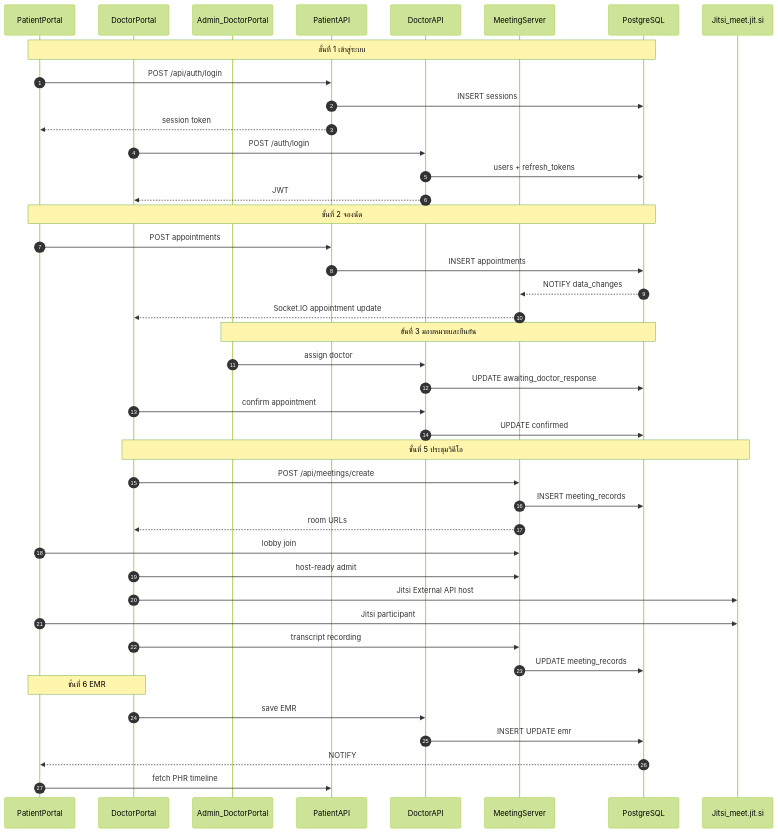
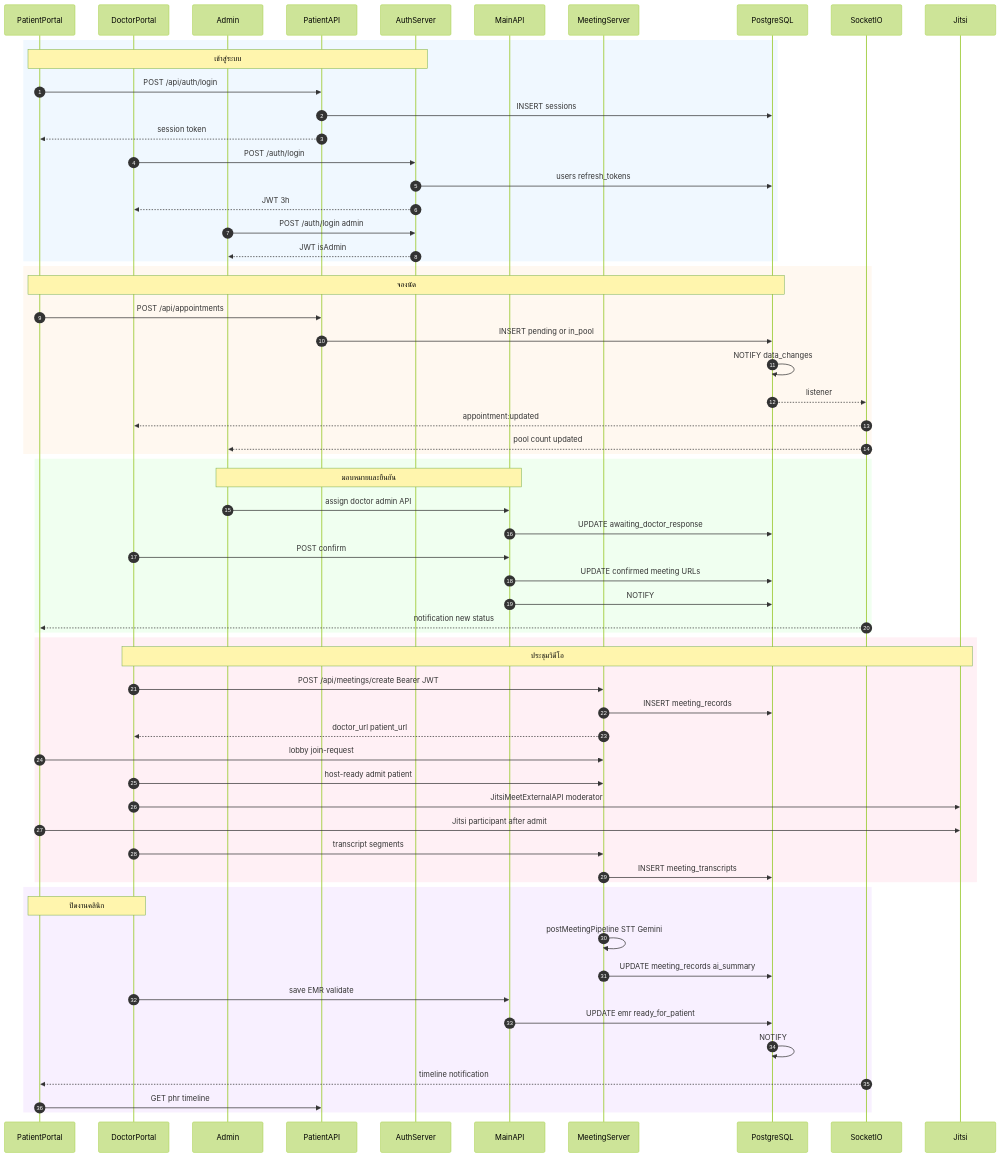
One commit to chiraleo2000/Isara-Anywhere changed the diagram in Documents/Technical_Documents/01_System_Architecture_and_Workflow.md. Above: the diagram before and after it, drawn with Mermaid (forest theme). The commit also changed other lines of this file and 122 other files, not shown here.

````diff
--- a/Documents/Technical_Documents/01_System_Architecture_and_Workflow.md
+++ b/Documents/Technical_Documents/01_System_Architecture_and_Workflow.md
@@ -180,50 +518,70 @@
 ```mermaid
 sequenceDiagram
     autonumber
     participant P as PatientPortal
     participant D as DoctorPortal
-    participant A as Admin_DoctorPortal
+    participant A as Admin
     participant PA as PatientAPI
-    participant DA as DoctorAPI
+    participant AS as AuthServer
+    participant MA as MainAPI
     participant MS as MeetingServer
     participant DB as PostgreSQL
-    participant J as Jitsi_meet.jit.si
+    participant SIO as SocketIO
+    participant J as Jitsi
 
-    Note over P,DB: ขั้นที่ 1 เข้าสู่ระบบ
+    rect rgb(240,248,255)
+    Note over P,AS: เข้าสู่ระบบ
     P->>PA: POST /api/auth/login
     PA->>DB: INSERT sessions
     PA-->>P: session token
+    D->>AS: POST /auth/login
+    AS->>DB: users refresh_tokens
+    AS-->>D: JWT 3h
+    A->>AS: POST /auth/login admin
+    AS-->>A: JWT isAdmin
+    end
 
-    D->>DA: POST /auth/login
-    DA->>DB: users + refresh_tokens
-    DA-->>D: JWT
+    rect rgb(255,248,240)
+    Note over P,DB: จองนัด
+    P->>PA: POST /api/appointments
+    PA->>DB: INSERT pending or in_pool
+    DB->>DB: NOTIFY data_changes
+    DB-->>SIO: listener
+    SIO-->>D: appointment:updated
+    SIO-->>A: pool count updated
+    end
 
-    Note over P,DB: ขั้นที่ 2 จองนัด
-    P->>PA: POST appointments
-    PA->>DB: INSERT appointments
-    DB-->>MS: NOTIFY data_changes
-    MS-->>D: Socket.IO appointment update
+    rect rgb(240,255,240)
+    Note over A,MA: มอบหมายและยืนยัน
+    A->>MA: assign doctor admin API
+    MA->>DB: UPDATE awaiting_doctor_response
+    D->>MA: POST confirm
+    MA->>DB: UPDATE confirmed meeting URLs
+    MA->>DB: NOTIFY
+    SIO-->>P: notification new status
+    end
 
-    Note over A,DB: ขั้นที่ 3 มอบหมายและยืนยัน
-    A->>DA: assign doctor
-    DA->>DB: UPDATE awaiting_doctor_response
-    D->>DA: confirm appointment
-    DA->>DB: UPDATE confirmed
+    rect rgb(255,240,245)
+    Note over D,J: ประชุมวิดีโอ
+    D->>MS: POST /api/meetings/create Bearer JWT
+    MS->>DB: INSERT meeting_records
+    MS-->>D: doctor_url patient_url
+    P->>MS: lobby join-request
+    D->>MS: host-ready admit patient
+    D->>J: JitsiMeetExternalAPI moderator
+    P->>J: Jitsi participant after admit
+    D->>MS: transcript segments
+    MS->>DB: INSERT meeting_transcripts
+    end
 
-    Note over D,J: ขั้นที่ 5 ประชุมวิดีโอ
-    D->>MS: POST /api/meetings/create
-    MS->>DB: INSERT meeting_records
-    MS-->>D: room URLs
-    P->>MS: lobby join
-    D->>MS: host-ready admit
-    D->>J: Jitsi External API host
-    P->>J: Jitsi participant
-    D->>MS: transcript recording
-    MS->>DB: UPDATE meeting_records
-
-    Note over D,P: ขั้นที่ 6 EMR
-    D->>DA: save EMR
-    DA->>DB: INSERT UPDATE emr
-    DB-->>P: NOTIFY
-    P->>PA: fetch PHR timeline
+    rect rgb(248,240,255)
+    Note over D,P: ปิดงานคลินิก
+    MS->>MS: postMeetingPipeline STT Gemini
+    MS->>DB: UPDATE meeting_records ai_summary
+    D->>MA: save EMR validate
+    MA->>DB: UPDATE emr ready_for_patient
+    DB->>DB: NOTIFY
+    SIO-->>P: timeline notification
+    P->>PA: GET phr timeline
+    end
 ```
````
